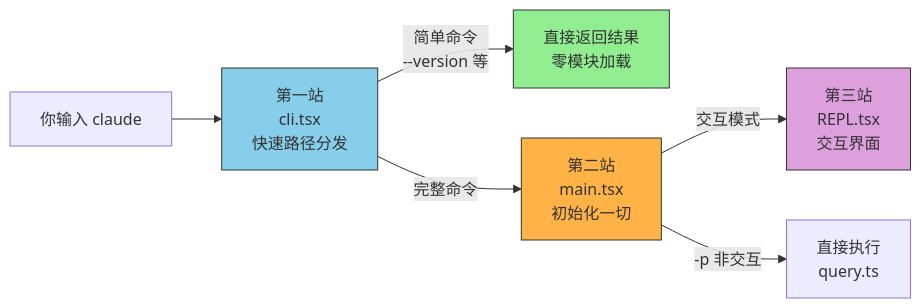
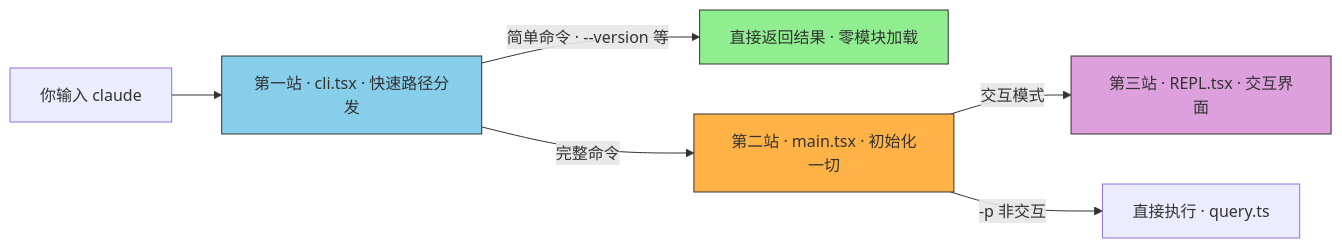
Before and after one commit to turf0909/sleep-code: the fifth of 30 diagrams in CLAUDE_CODE_BOOK.md, drawn with Mermaid. The commit also changed other lines of this file, not shown here.

First line of the commit message:
docs: major expansion and fact-check of Claude Code architecture book

````diff
--- a/CLAUDE_CODE_BOOK.md
+++ b/CLAUDE_CODE_BOOK.md
@@ -528,13 +525,13 @@
 ```mermaid
 flowchart LR
-    YOU["你输入 claude"] --> CLI["第一站<br/>cli.tsx<br/>快速路径分发"]
-    CLI -->|"简单命令<br/>--version 等"| FAST["直接返回结果<br/>零模块加载"]
-    CLI -->|"完整命令"| MAIN["第二站<br/>main.tsx<br/>初始化一切"]
-    MAIN -->|"交互模式"| REPL["第三站<br/>REPL.tsx<br/>交互界面"]
-    MAIN -->|"-p 非交互"| QUERY["直接执行<br/>query.ts"]
+    YOU["你输入 claude"] --> CLI["第一站 · cli.tsx · 快速路径分发"]
+    CLI -->|"简单命令 · --version 等"| FAST["直接返回结果 · 零模块加载"]
+    CLI -->|"完整命令"| MAIN["第二站 · main.tsx · 初始化一切"]
+    MAIN -->|"交互模式"| REPL["第三站 · REPL.tsx · 交互界面"]
+    MAIN -->|"-p 非交互"| QUERY["直接执行 · query.ts"]
 
     style FAST fill:#90EE90,stroke:#333,color:#333
     style CLI fill:#87CEEB,stroke:#333,color:#333
     style MAIN fill:#FFB347,stroke:#333,color:#333
     style REPL fill:#DDA0DD,stroke:#333,color:#333
 ```
````
